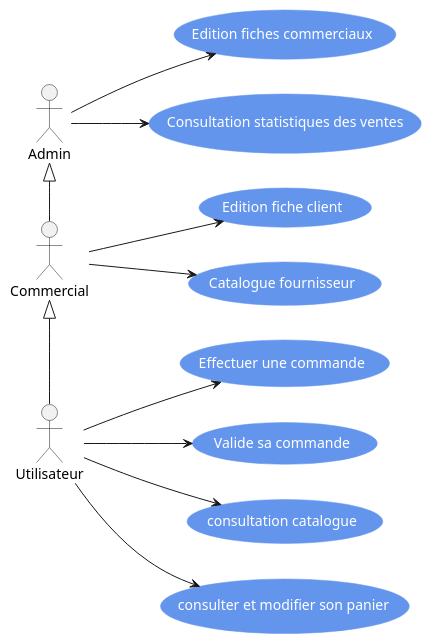
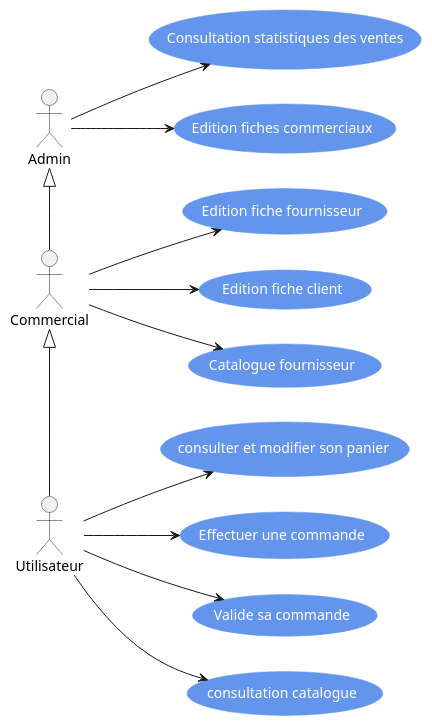
Before and after one commit to germainsip/projet-village: the diagram in puml/cas_util.puml, drawn with PlantUML. The commit also changed 1 other file, not shown here.

```diff
--- a/puml/cas_util.puml
+++ b/puml/cas_util.puml
@@ -1,22 +1,23 @@
 @startuml cas utilisation
 skinparam backgroundcolor transparent
 skinparam usecase {
   BackgroundColor cornflowerblue
   bordercolor cornflowerblue
   fontColor white
 }
 left to right direction
 actor Utilisateur as U 
 actor Admin as A
 actor Commercial as C
 U-->(consultation catalogue)
 U-->(consulter et modifier son panier)
 U-->(Effectuer une commande)
 U-->(Valide sa commande)
 C<|-U
 C-->(Edition fiche client)
 C-->(Catalogue fournisseur)
+C-->(Edition fiche fournisseur)
 A<|-C
 A-->(Edition fiches commerciaux)
 A-->(Consultation statistiques des ventes)
 @enduml
```
